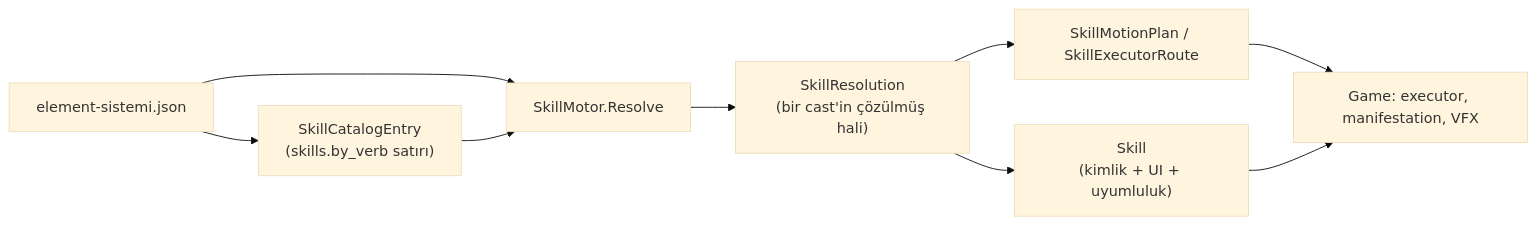
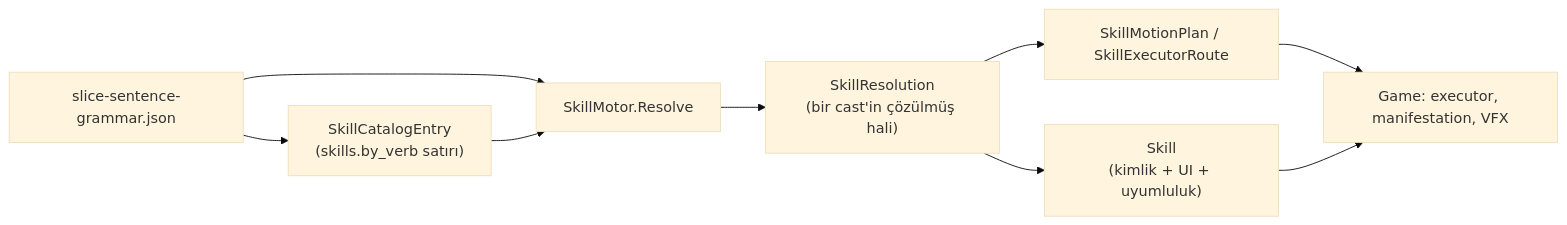
The diagram in docs/ARCHITECTURE.md (lacoleredudiable-art/game), drawn with Mermaid (base theme) before and after one commit. The commit also changed other lines of this file and 360 other files, not shown here.

````diff
--- a/docs/ARCHITECTURE.md
+++ b/docs/ARCHITECTURE.md
@@ -194,19 +194,19 @@
 ```mermaid
 flowchart LR
-  JSON["element-sistemi.json"]
+  JSON["slice-sentence-grammar.json"]
   Catalog["SkillCatalogEntry\n(skills.by_verb satırı)"]
   Motor["SkillMotor.Resolve"]
   Resolution["SkillResolution\n(bir cast'in çözülmüş hali)"]
   Skill["Skill\n(kimlik + UI + uyumluluk)"]
   Plan["SkillMotionPlan / SkillExecutorRoute"]
   World["Game: executor, manifestation, VFX"]
 
   JSON --> Catalog
   JSON --> Motor
   Catalog --> Motor
   Motor --> Resolution
   Resolution --> Skill
   Resolution --> Plan
   Plan --> World
   Skill --> World
 ```
````
